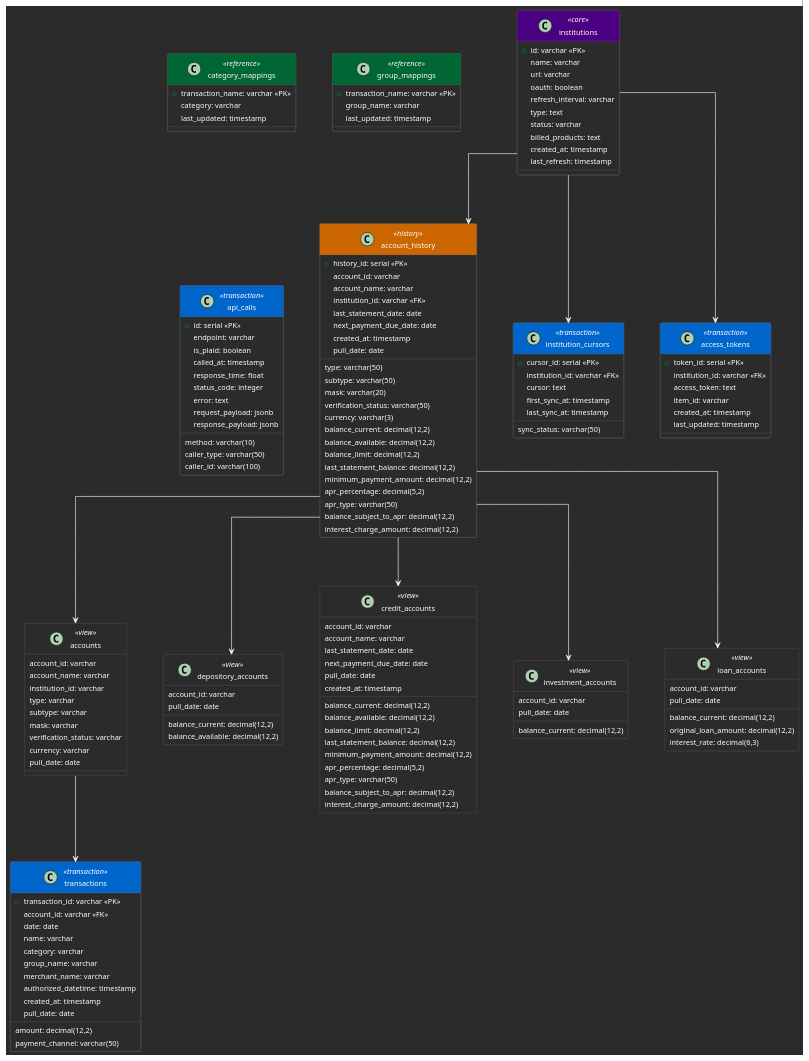
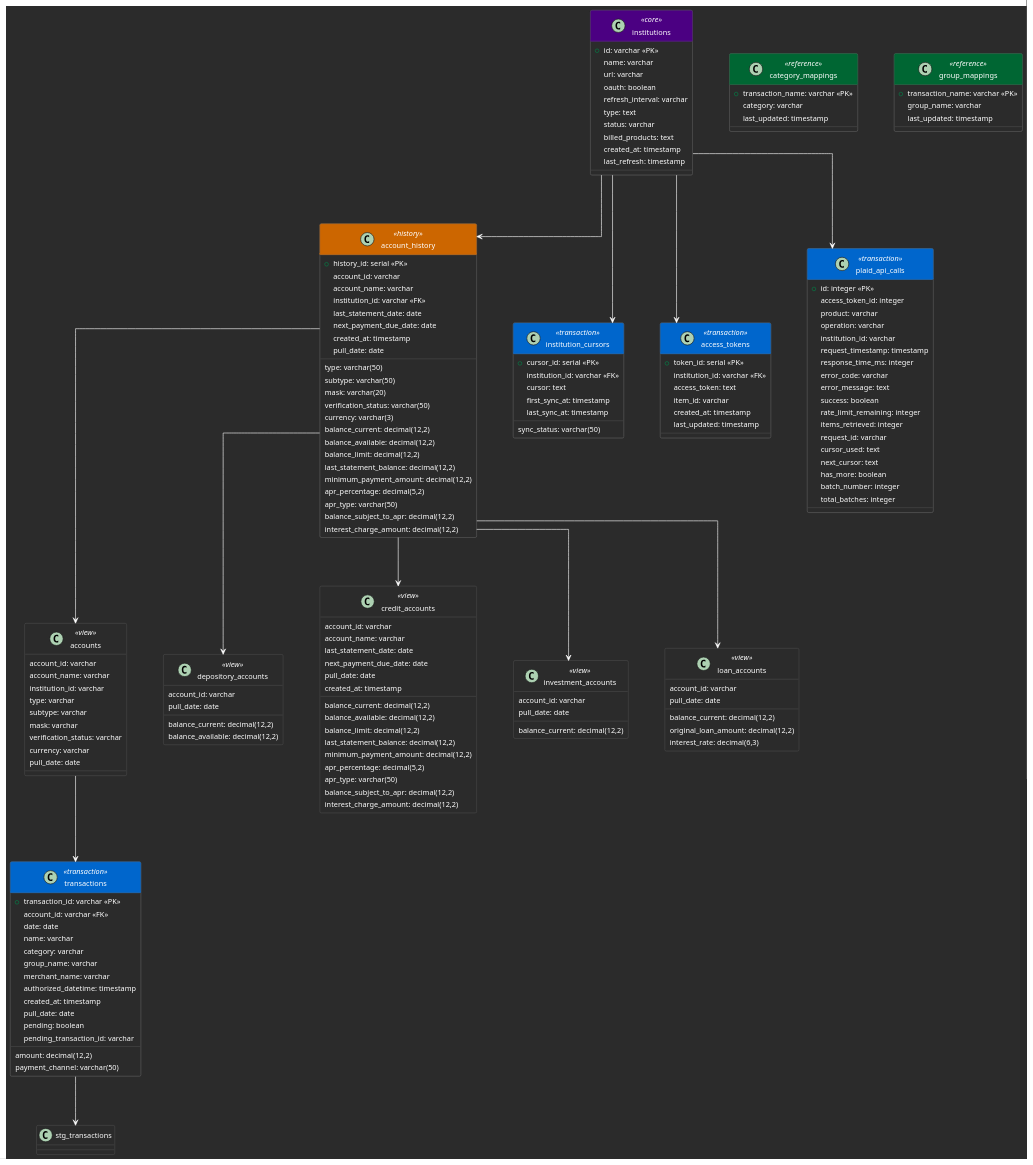
Before and after one commit to m-dur/docker-plaid: the diagram in app/diagrams/database.puml, drawn with PlantUML. The commit also changed 3 other files, not shown here.

```diff
--- a/app/diagrams/database.puml
+++ b/app/diagrams/database.puml
@@ -1,188 +1,198 @@
 @startuml Financial Database Schema
 
 ' Basic styling
 skinparam BackgroundColor #2B2B2B
 skinparam linetype ortho
 skinparam Padding 2
 skinparam roundcorner 5
 skinparam nodesep 60
 skinparam ranksep 80
 
 ' Class styling
 skinparam class {
     AttributeFontColor white
     AttributeFontSize 12
     BackgroundColor #2B2B2B
     BorderColor #666666
     StereotypeFontColor white
     HeaderBackgroundColor<<core>> #4B0082
     HeaderBackgroundColor<<transaction>> #0066CC
     HeaderBackgroundColor<<reference>> #006633
     HeaderBackgroundColor<<history>> #CC6600
 }
 
 ' Core tables
 class institutions <<core>> {
     + id: varchar <<PK>>
     name: varchar
     url: varchar
     oauth: boolean
     refresh_interval: varchar
     type: text
     status: varchar
     billed_products: text
     created_at: timestamp
     last_refresh: timestamp
 }
 
 class account_history <<history>> {
     + history_id: serial <<PK>>
     account_id: varchar
     account_name: varchar
     institution_id: varchar <<FK>>
     type: varchar(50)
     subtype: varchar(50)
     mask: varchar(20)
     verification_status: varchar(50)
     currency: varchar(3)
     balance_current: decimal(12,2)
     balance_available: decimal(12,2)
     balance_limit: decimal(12,2)
     last_statement_balance: decimal(12,2)
     last_statement_date: date
     minimum_payment_amount: decimal(12,2)
     next_payment_due_date: date
     apr_percentage: decimal(5,2)
     apr_type: varchar(50)
     balance_subject_to_apr: decimal(12,2)
     interest_charge_amount: decimal(12,2)
     created_at: timestamp
     pull_date: date
 }
 
 ' Views
 class accounts <<view>> {
     account_id: varchar
     account_name: varchar
     institution_id: varchar
     type: varchar
     subtype: varchar
     mask: varchar
     verification_status: varchar
     currency: varchar
     pull_date: date
 }
 
 class depository_accounts <<view>> {
     account_id: varchar
     balance_current: decimal(12,2)
     balance_available: decimal(12,2)
     pull_date: date
 }
 
 class credit_accounts <<view>> {
     account_id: varchar
     account_name: varchar
     balance_current: decimal(12,2)
     balance_available: decimal(12,2)
     balance_limit: decimal(12,2)
     last_statement_balance: decimal(12,2)
     last_statement_date: date
     minimum_payment_amount: decimal(12,2)
     next_payment_due_date: date
     apr_percentage: decimal(5,2)
     apr_type: varchar(50)
     balance_subject_to_apr: decimal(12,2)
     interest_charge_amount: decimal(12,2)
     pull_date: date
     created_at: timestamp
 }
 
 class investment_accounts <<view>> {
     account_id: varchar
     balance_current: decimal(12,2)
     pull_date: date
 }
 
 class loan_accounts <<view>> {
     account_id: varchar
     balance_current: decimal(12,2)
     original_loan_amount: decimal(12,2)
     interest_rate: decimal(6,3)
     pull_date: date
 }
 
 ' Reference tables
 class category_mappings <<reference>> {
     + transaction_name: varchar <<PK>>
     category: varchar
     last_updated: timestamp
 }
 
 class group_mappings <<reference>> {
     + transaction_name: varchar <<PK>>
     group_name: varchar
     last_updated: timestamp
 }
 
 ' Transaction and API tables
 class transactions <<transaction>> {
     + transaction_id: varchar <<PK>>
     account_id: varchar <<FK>>
     amount: decimal(12,2)
     date: date
     name: varchar
     category: varchar
     group_name: varchar
     merchant_name: varchar
     payment_channel: varchar(50)
     authorized_datetime: timestamp
     created_at: timestamp
     pull_date: date
+    pending: boolean
+    pending_transaction_id: varchar
 }
 
 class institution_cursors <<transaction>> {
     + cursor_id: serial <<PK>>
     institution_id: varchar <<FK>>
     cursor: text
     first_sync_at: timestamp
     last_sync_at: timestamp
     sync_status: varchar(50)
 }
 
 class access_tokens <<transaction>> {
     + token_id: serial <<PK>>
     institution_id: varchar <<FK>>
     access_token: text
     item_id: varchar
     created_at: timestamp
     last_updated: timestamp
 }
 
-class api_calls <<transaction>> {
-    + id: serial <<PK>>
-    endpoint: varchar
-    method: varchar(10)
-    is_plaid: boolean
-    called_at: timestamp
-    caller_type: varchar(50)
-    caller_id: varchar(100)
-    response_time: float
-    status_code: integer
-    error: text
-    request_payload: jsonb
-    response_payload: jsonb
+class plaid_api_calls <<transaction>> {
+    + id: integer <<PK>>
+    access_token_id: integer
+    product: varchar
+    operation: varchar
+    institution_id: varchar
+    request_timestamp: timestamp
+    response_time_ms: integer
+    error_code: varchar
+    error_message: text
+    success: boolean
+    rate_limit_remaining: integer
+    items_retrieved: integer
+    request_id: varchar
+    cursor_used: text
+    next_cursor: text
+    has_more: boolean
+    batch_number: integer
+    total_batches: integer
 }
 
 ' Relationships
 institutions -[#ffffff]-> account_history
 account_history -[#ffffff]-> accounts
 account_history -[#ffffff]-> depository_accounts
 account_history -[#ffffff]-> credit_accounts
 account_history -[#ffffff]-> investment_accounts
 account_history -[#ffffff]-> loan_accounts
 institutions -[#ffffff]-> institution_cursors
 institutions -[#ffffff]-> access_tokens
 accounts -[#ffffff]-> transactions
+institutions -[#ffffff]-> plaid_api_calls
+transactions -[#ffffff]-> stg_transactions
 
 @enduml
```
